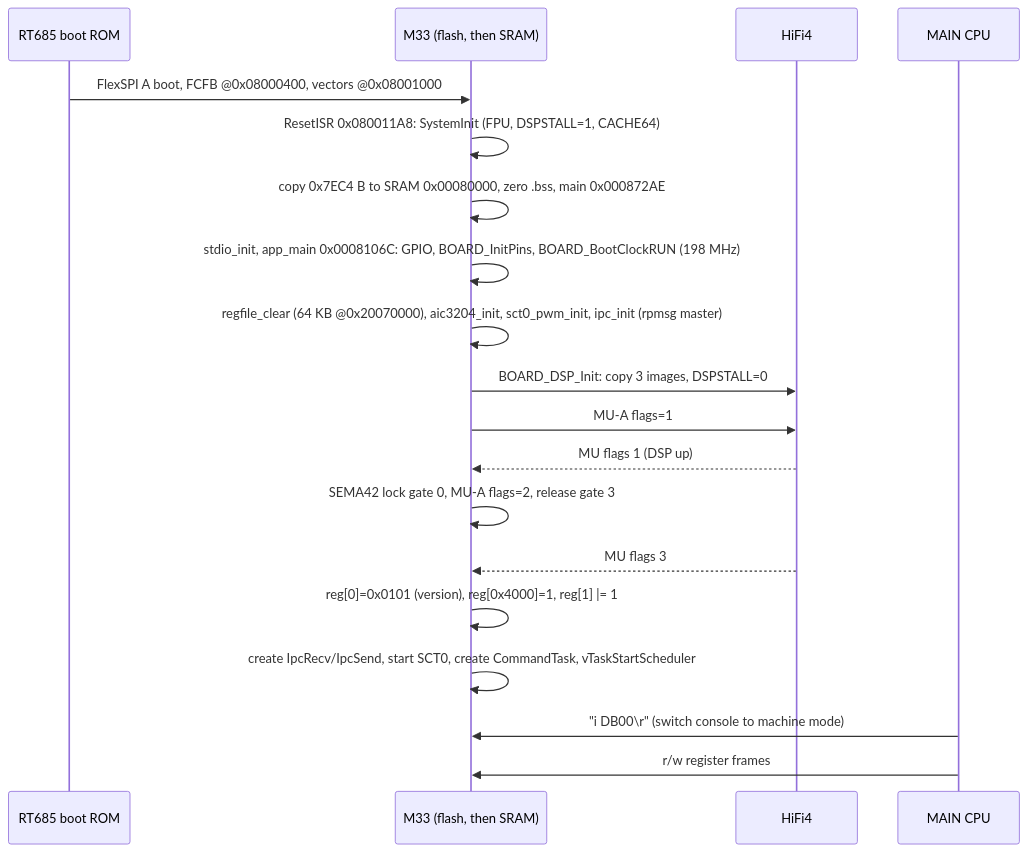
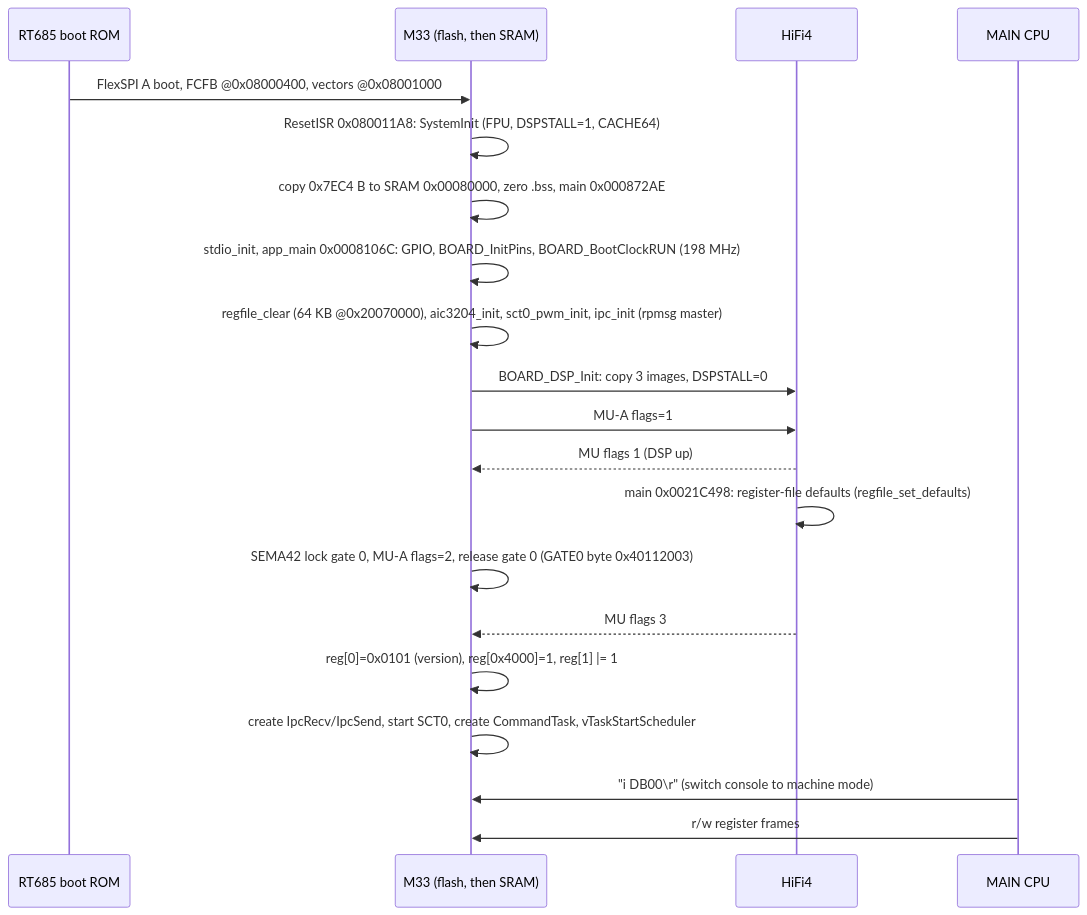
The second of 3 diagrams in docs/code/ifdsp/README.md (Reid-n0rc/FT-710_Firmware), drawn with Mermaid before and after one commit. The commit also changed other lines of this file and 2 other files, not shown here.

````diff
--- a/docs/code/ifdsp/README.md
+++ b/docs/code/ifdsp/README.md
@@ -60,21 +61,22 @@
 ```mermaid
 sequenceDiagram
   participant ROM as RT685 boot ROM
   participant M as M33 (flash, then SRAM)
   participant D as HiFi4
   participant MAIN as MAIN CPU
   ROM->>M: FlexSPI A boot, FCFB @0x08000400, vectors @0x08001000
   M->>M: ResetISR 0x080011A8: SystemInit (FPU, DSPSTALL=1, CACHE64)
   M->>M: copy 0x7EC4 B to SRAM 0x00080000, zero .bss, main 0x000872AE
   M->>M: stdio_init, app_main 0x0008106C: GPIO, BOARD_InitPins, BOARD_BootClockRUN (198 MHz)
   M->>M: regfile_clear (64 KB @0x20070000), aic3204_init, sct0_pwm_init, ipc_init (rpmsg master)
   M->>D: BOARD_DSP_Init: copy 3 images, DSPSTALL=0
   M->>D: MU-A flags=1
   D-->>M: MU flags 1 (DSP up)
-  M->>M: SEMA42 lock gate 0, MU-A flags=2, release gate 3
+  D->>D: main 0x0021C498: register-file defaults (regfile_set_defaults)
+  M->>M: SEMA42 lock gate 0, MU-A flags=2, release gate 0 (GATE0 byte 0x40112003)
   D-->>M: MU flags 3
   M->>M: reg[0]=0x0101 (version), reg[0x4000]=1, reg[1] |= 1
   M->>M: create IpcRecv/IpcSend, start SCT0, create CommandTask, vTaskStartScheduler
   MAIN->>M: "i DB00\r" (switch console to machine mode)
   MAIN->>M: r/w register frames
 ```
````
